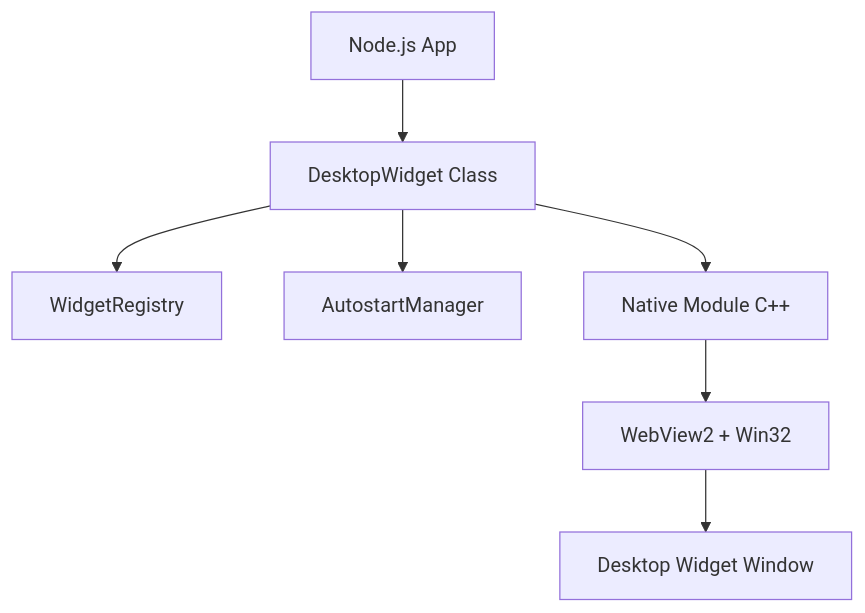
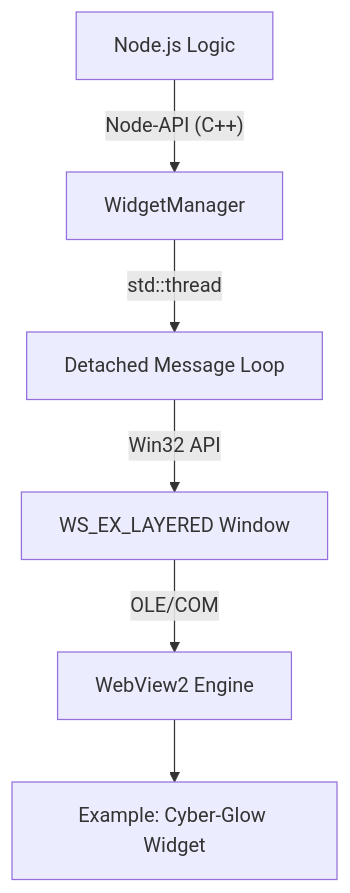
The diagram in README.md (osmn-byhn/widget-core-windows), drawn with Mermaid before and after one commit. The commit also changed other lines of this file, not shown here.

Commit message:
docs: update README with architectural details, improved feature descriptions, and revised API reference

````diff
--- a/README.md
+++ b/README.md
@@ -11,9 +23,8 @@
 ```mermaid
 graph TD
-    A[Node.js App] --> B[DesktopWidget Class]
-    B --> C[WidgetRegistry]
-    B --> D[AutostartManager]
-    B --> E[Native Module C++]
-    E --> F[WebView2 + Win32]
-    F --> G[Desktop Widget Window]
+    A[Node.js Logic] -- Node-API (C++) --> B[WidgetManager]
+    B -- std::thread --> C[Detached Message Loop]
+    C -- Win32 API --> D[WS_EX_LAYERED Window]
+    D -- OLE/COM --> E[WebView2 Engine]
+    E --> F[Example: Cyber-Glow Widget]
 ```
````
